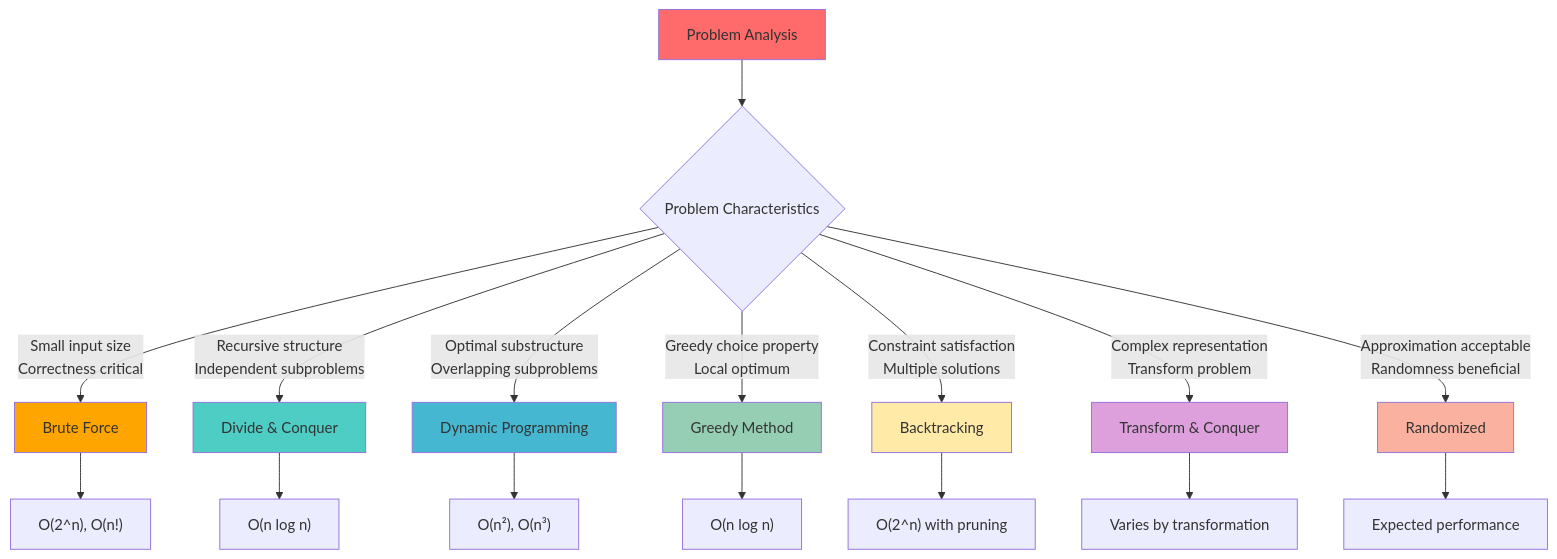
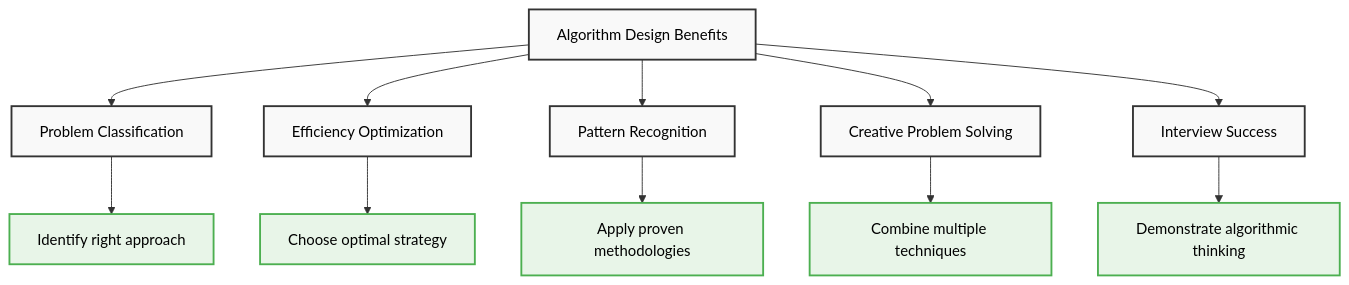
Before and after one commit to AbhishekGiri04/Algorithmics-Foundations: the first of 17 diagrams in concepts/algorithm-design.md, drawn with Mermaid. The commit also changed other lines of this file, not shown here.

Commit message:
Complete algorithm design guide with professional diagrams and comprehensive coverage

````diff
--- a/concepts/algorithm-design.md
+++ b/concepts/algorithm-design.md
@@ -21,29 +36,18 @@
 ```mermaid
 flowchart TD
-    A["Problem Analysis"] --> B{"Problem Characteristics"}
+    A["Algorithm Design Benefits"] --> B["Problem Classification"]
+    A --> C["Efficiency Optimization"]
+    A --> D["Pattern Recognition"]
+    A --> E["Creative Problem Solving"]
+    A --> F["Interview Success"]
     
-    B -->|"Small input size<br/>Correctness critical"| C["Brute Force"]
-    B -->|"Recursive structure<br/>Independent subproblems"| D["Divide & Conquer"]
-    B -->|"Optimal substructure<br/>Overlapping subproblems"| E["Dynamic Programming"]
-    B -->|"Greedy choice property<br/>Local optimum"| F["Greedy Method"]
-    B -->|"Constraint satisfaction<br/>Multiple solutions"| G["Backtracking"]
-    B -->|"Complex representation<br/>Transform problem"| H["Transform & Conquer"]
-    B -->|"Approximation acceptable<br/>Randomness beneficial"| I["Randomized"]
+    B --> G["Identify right approach"]
+    C --> H["Choose optimal strategy"]
+    D --> I["Apply proven methodologies"]
+    E --> J["Combine multiple techniques"]
+    F --> K["Demonstrate algorithmic thinking"]
     
-    C --> J["O(2^n), O(n!)"]
-    D --> K["O(n log n)"]
-    E --> L["O(n²), O(n³)"]
-    F --> M["O(n log n)"]
-    G --> N["O(2^n) with pruning"]
-    H --> O["Varies by transformation"]
-    I --> P["Expected performance"]
-    
-    style A fill:#ff6b6b
-    style C fill:#ffa500
-    style D fill:#4ecdc4
-    style E fill:#45b7d1
-    style F fill:#96ceb4
-    style G fill:#ffeaa7
-    style H fill:#dda0dd
-    style I fill:#fab1a0
+    classDef default fill:#f9f9f9,stroke:#333,stroke-width:2px,color:#000
+    classDef benefit fill:#e8f5e8,stroke:#4caf50,stroke-width:2px,color:#000
+    class G,H,I,J,K benefit
 ```
````
